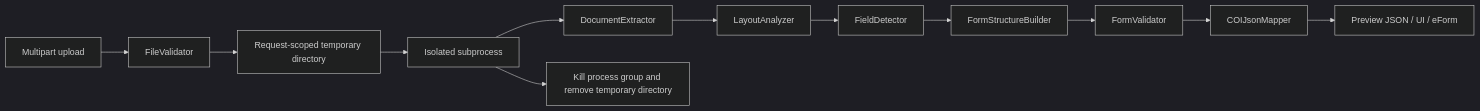
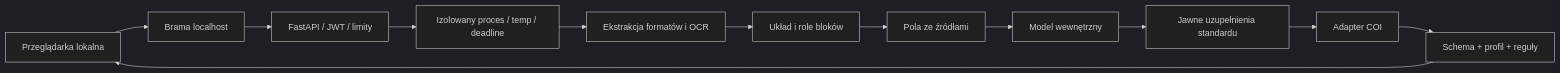
Before and after one commit to Ceremont/formforge-coi: the diagram in ARCHITECTURE.md, drawn with Mermaid (dark theme). The commit also changed other lines of this file and 56 other files, not shown here.

````diff
--- a/ARCHITECTURE.md
+++ b/ARCHITECTURE.md
@@ -64,14 +7,14 @@
 ```mermaid
 flowchart LR
-  A[Multipart upload] --> B[FileValidator]
-  B --> C[Request-scoped temporary directory]
-  C --> W[Isolated subprocess]
-  W --> D[DocumentExtractor]
-  D --> E[LayoutAnalyzer]
-  E --> F[FieldDetector]
-  F --> G[FormStructureBuilder]
-  G --> H[FormValidator]
-  H --> I[COIJsonMapper]
-  I --> J[Preview JSON / UI / eForm]
-  W --> K[Kill process group and remove temporary directory]
+  B[Przeglądarka lokalna] --> G[Brama localhost]
+  G --> A[FastAPI / JWT / limity]
+  A --> W[Izolowany proces / temp / deadline]
+  W --> E[Ekstrakcja formatów i OCR]
+  E --> L[Układ i role bloków]
+  L --> F[Pola ze źródłami]
+  F --> M[Model wewnętrzny]
+  M --> S[Jawne uzupełnienia standardu]
+  S --> C[Adapter COI]
+  C --> V[Schema + profil + reguły]
+  V --> B
 ```
````
